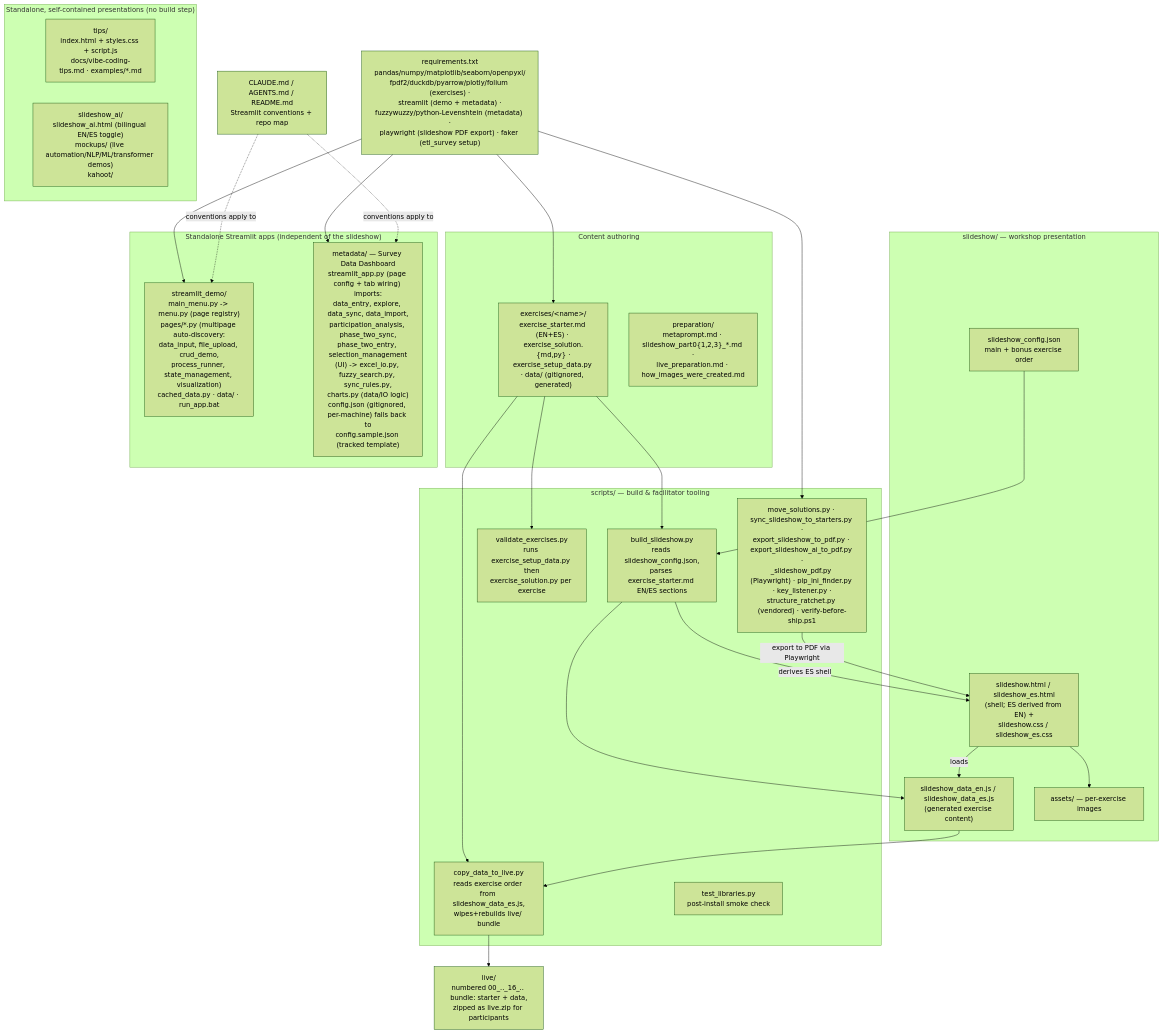
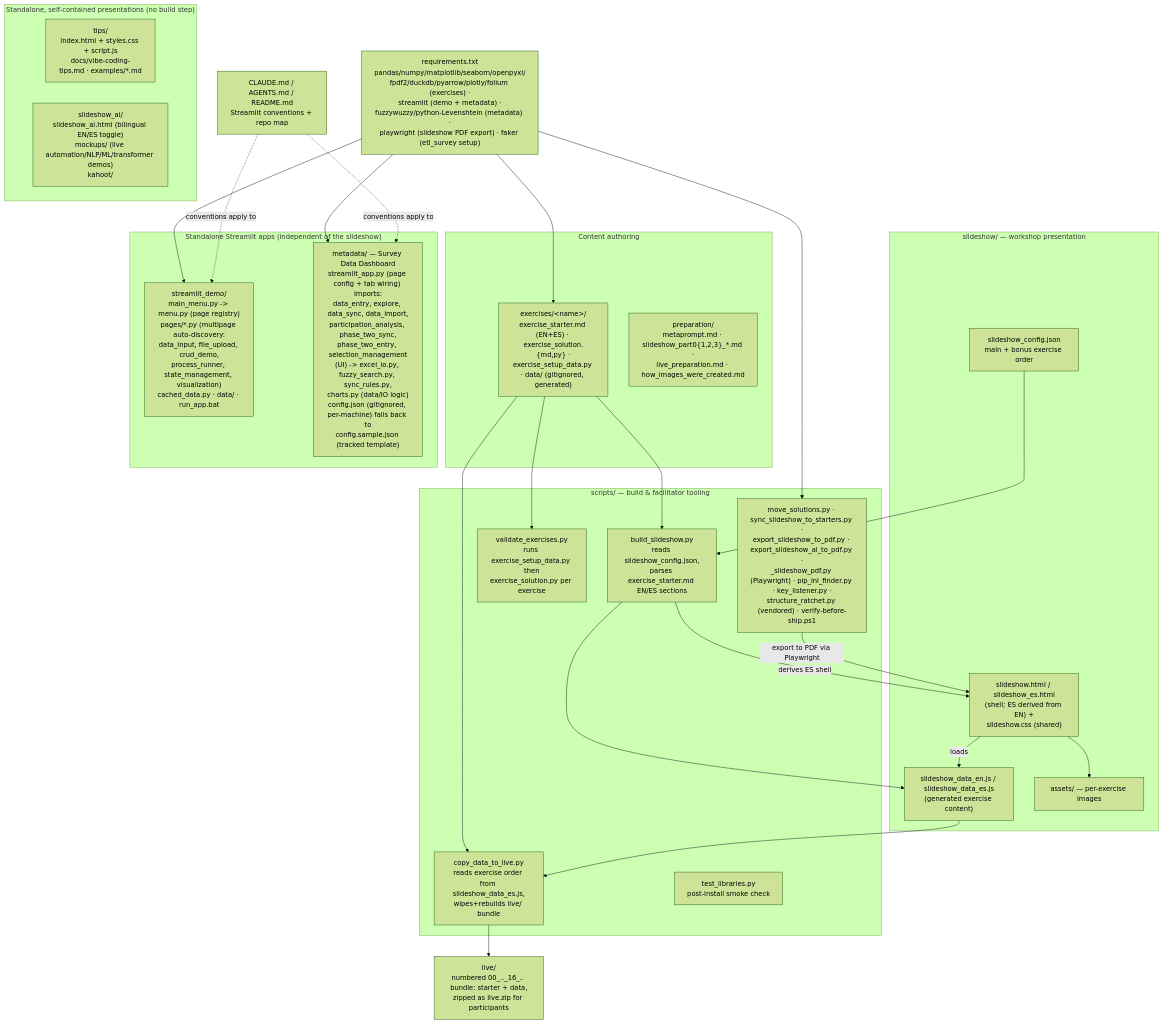
The diagram in docs/architecture.mmd (ferraroroberto/vibe-coding-workshop), drawn with Mermaid (forest theme) before and after one commit. The commit also changed 13 other files, not shown here.

```diff
--- a/docs/architecture.mmd
+++ b/docs/architecture.mmd
@@ -1,61 +1,61 @@
 %% docs/architecture.mmd — this repo's own internal structure.
 %% Hand-authored, not generated (there is no crawler for a repo's own semantic
 %% shape, same reason a `.fleet.toml` `description` is hand-written). Update
 %% this diagram in the same PR as any material structural change (an exercise
 %% category added/removed, a build script relocated, a new standalone app
 %% folder). See fleet-config#256 for the general fleet-wide convention.
 
 flowchart TB
   subgraph content["Content authoring"]
     EXERCISES["exercises/&lt;name&gt;/\nexercise_starter.md (EN+ES) · exercise_solution.{md,py} ·\nexercise_setup_data.py · data/ (gitignored, generated)"]
     PREP["preparation/\nmetaprompt.md · slideshow_part0{1,2,3}_*.md ·\nlive_preparation.md · how_images_were_created.md"]
   end
 
   subgraph build["scripts/ — build & facilitator tooling"]
     BUILDSHOW["build_slideshow.py\nreads slideshow_config.json,\nparses exercise_starter.md EN/ES sections"]
     COPYLIVE["copy_data_to_live.py\nreads exercise order from slideshow_data_es.js,\nwipes+rebuilds live/ bundle"]
     VALIDATE["validate_exercises.py\nruns exercise_setup_data.py then\nexercise_solution.py per exercise"]
     TESTLIB["test_libraries.py\npost-install smoke check"]
     OTHERSCRIPTS["move_solutions.py · sync_slideshow_to_starters.py ·\nexport_slideshow_to_pdf.py · export_slideshow_ai_to_pdf.py ·\n_slideshow_pdf.py (Playwright) · pip_ini_finder.py · key_listener.py ·\nstructure_ratchet.py (vendored) · verify-before-ship.ps1"]
   end
 
   EXERCISES --> BUILDSHOW
   EXERCISES --> VALIDATE
   EXERCISES --> COPYLIVE
 
   subgraph slideshow["slideshow/ — workshop presentation"]
     CONFIG["slideshow_config.json\nmain + bonus exercise order"]
-    SHTML["slideshow.html / slideshow_es.html\n(shell; ES derived from EN) +\nslideshow.css / slideshow_es.css"]
+    SHTML["slideshow.html / slideshow_es.html\n(shell; ES derived from EN) +\nslideshow.css (shared)"]
     SDATA["slideshow_data_en.js / slideshow_data_es.js\n(generated exercise content)"]
     ASSETS["assets/ — per-exercise images"]
   end
   CONFIG --> BUILDSHOW
   BUILDSHOW --> SDATA
   BUILDSHOW -->|derives ES shell| SHTML
   SHTML -->|loads| SDATA
   SHTML --> ASSETS
   SDATA --> COPYLIVE
   OTHERSCRIPTS -->|export to PDF via Playwright| SHTML
 
   LIVE["live/\nnumbered 00_.._16_.. bundle: starter + data,\nzipped as live.zip for participants"]
   COPYLIVE --> LIVE
 
   subgraph standalone["Standalone, self-contained presentations (no build step)"]
     TIPS["tips/\nindex.html + styles.css + script.js\ndocs/vibe-coding-tips.md · examples/*.md"]
     SLIDESHOWAI["slideshow_ai/\nslideshow_ai.html (bilingual EN/ES toggle)\nmockups/ (live automation/NLP/ML/transformer demos)\nkahoot/"]
   end
 
   subgraph apps["Standalone Streamlit apps (independent of the slideshow)"]
     DEMO["streamlit_demo/\nmain_menu.py -> menu.py (page registry)\npages/*.py (multipage auto-discovery:\ndata_input, file_upload, crud_demo,\nprocess_runner, state_management, visualization)\ncached_data.py · data/ · run_app.bat"]
     METADATA["metadata/ — Survey Data Dashboard\nstreamlit_app.py (page config + tab wiring) imports:\ndata_entry, explore, data_sync, data_import,\nparticipation_analysis, phase_two_sync,\nphase_two_entry, selection_management\n(UI) -> excel_io.py, fuzzy_search.py, sync_rules.py,\ncharts.py (data/IO logic)\nconfig.json (gitignored, per-machine) falls back to\nconfig.sample.json (tracked template)"]
   end
 
   REQ["requirements.txt\npandas/numpy/matplotlib/seaborn/openpyxl/\nfpdf2/duckdb/pyarrow/plotly/folium (exercises) ·\nstreamlit (demo + metadata) ·\nfuzzywuzzy/python-Levenshtein (metadata) ·\nplaywright (slideshow PDF export) · faker (etl_survey setup)"]
   REQ --> EXERCISES
   REQ --> DEMO
   REQ --> METADATA
   REQ --> OTHERSCRIPTS
 
   ROOTDOCS["CLAUDE.md / AGENTS.md / README.md\nStreamlit conventions + repo map"]
   ROOTDOCS -.->|conventions apply to| DEMO
   ROOTDOCS -.->|conventions apply to| METADATA
```
